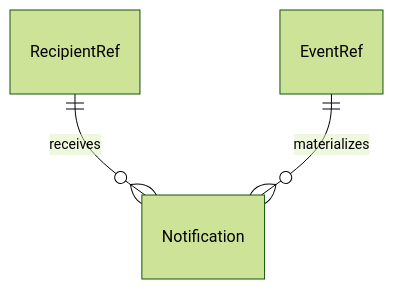
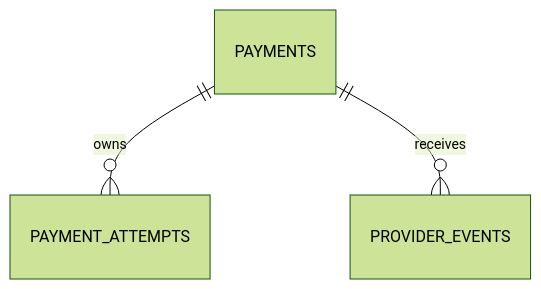
One commit to HHT777/23659411_HuynhHuuTuan_CABsystem changed the tenth of 10 diagrams in microservice_design.md. Above: the diagram before and after it, drawn with Mermaid (forest theme). The commit also changed other lines of this file and 3 other files, not shown here.

````diff
--- a/microservice_design.md
+++ b/microservice_design.md
@@ -1433,5 +712,5 @@
 ```mermaid
 erDiagram
-  RecipientRef ||--o{ Notification : receives
-  EventRef ||--o{ Notification : materializes
+  PAYMENTS ||--o{ PAYMENT_ATTEMPTS : owns
+  PAYMENTS ||--o{ PROVIDER_EVENTS : receives
 ```
````
